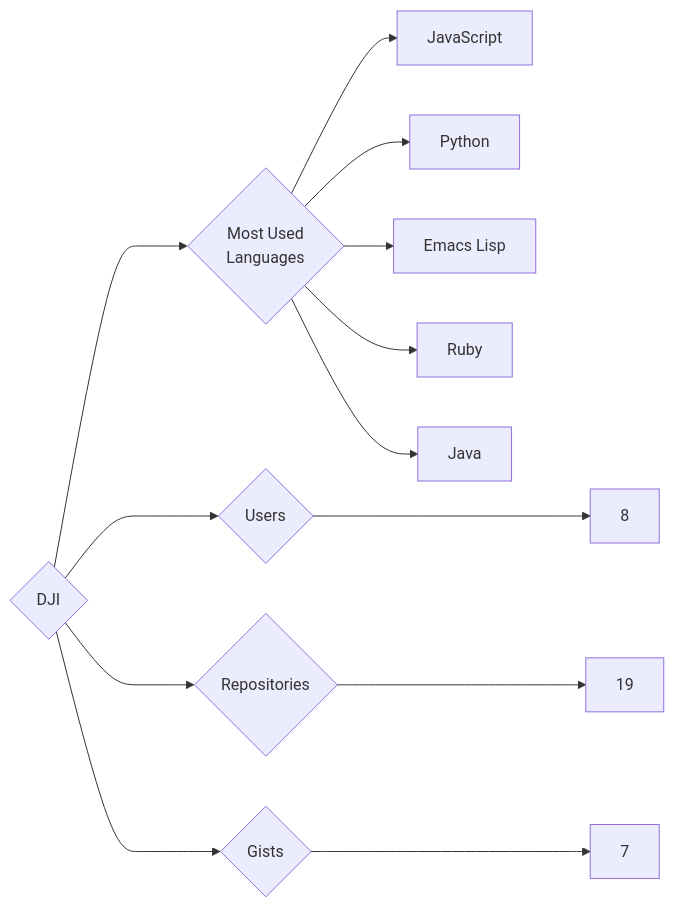
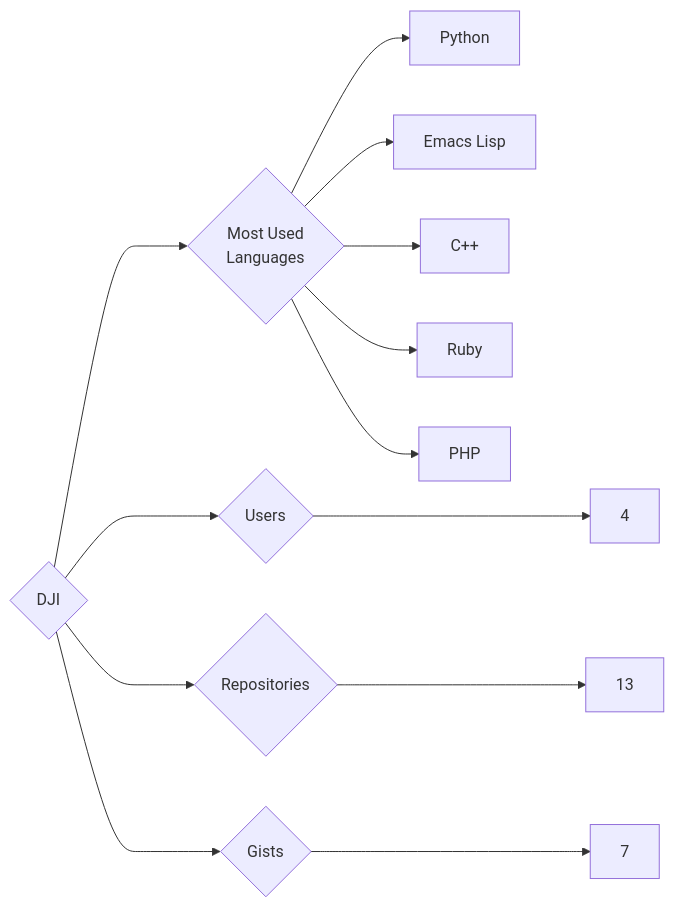
The diagram in targets/DJI/README.md (trickest/insiders), drawn with Mermaid before and after one commit. The commit also changed 1123 other files, not shown here.

````diff
--- a/targets/DJI/README.md
+++ b/targets/DJI/README.md
@@ -3,13 +3,13 @@
 ```mermaid
 graph LR
 COMPANY_NAME{DJI}
-COMPANY_NAME ---> U{Users} ---> UN[8]
-COMPANY_NAME ---> R{Repositories} ---> RN[19]
+COMPANY_NAME ---> U{Users} ---> UN[4]
+COMPANY_NAME ---> R{Repositories} ---> RN[13]
 COMPANY_NAME ---> G{Gists} ---> GN[7]
 COMPANY_NAME ---> ML{Most Used<br>Languages}
-ML --> JavaScript[JavaScript]
 ML --> Python[Python]
 ML --> Emacs_Lisp[Emacs Lisp]
+ML --> C++[C++]
 ML --> Ruby[Ruby]
-ML --> Java[Java]
+ML --> PHP[PHP]
 ```
````
